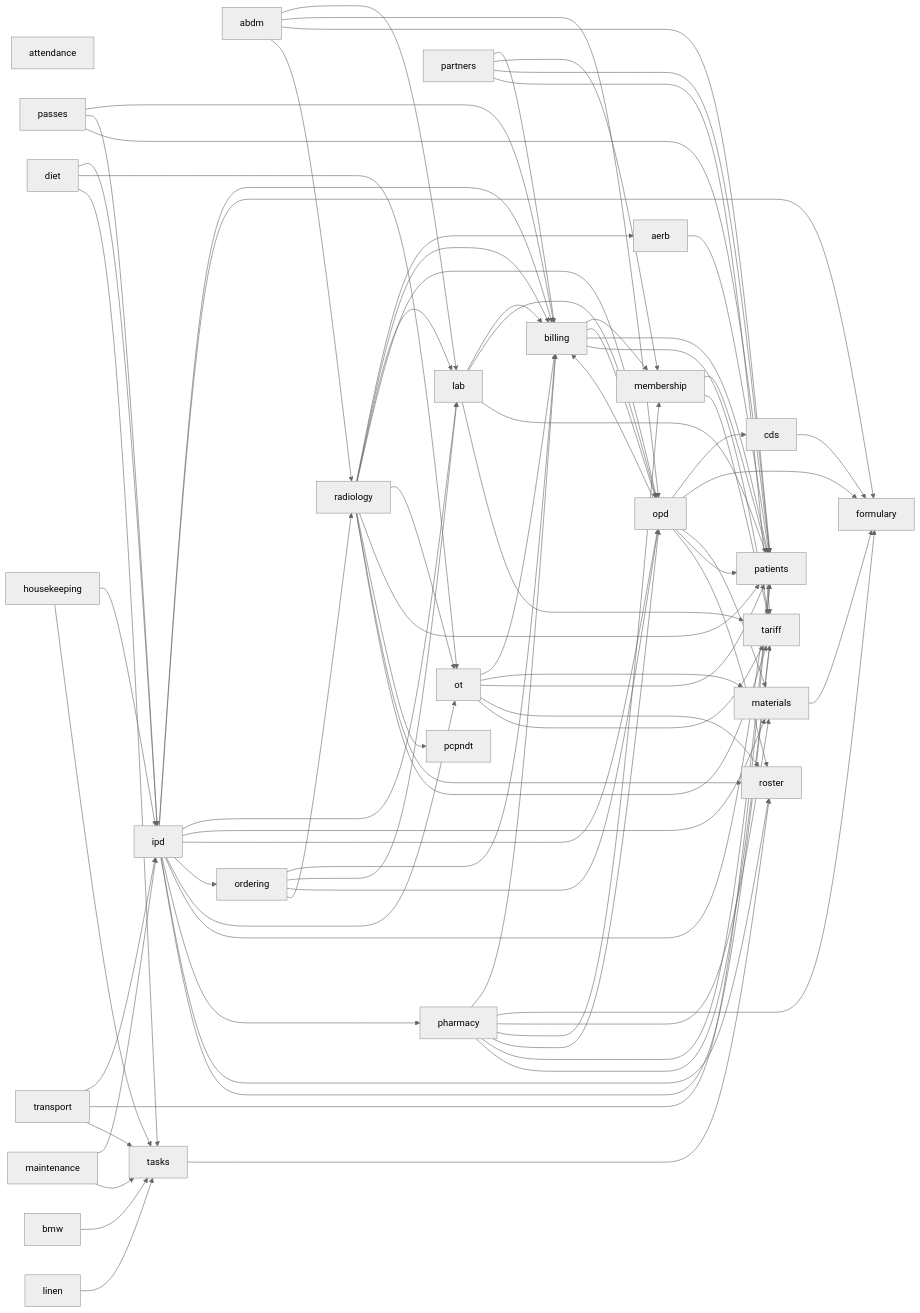
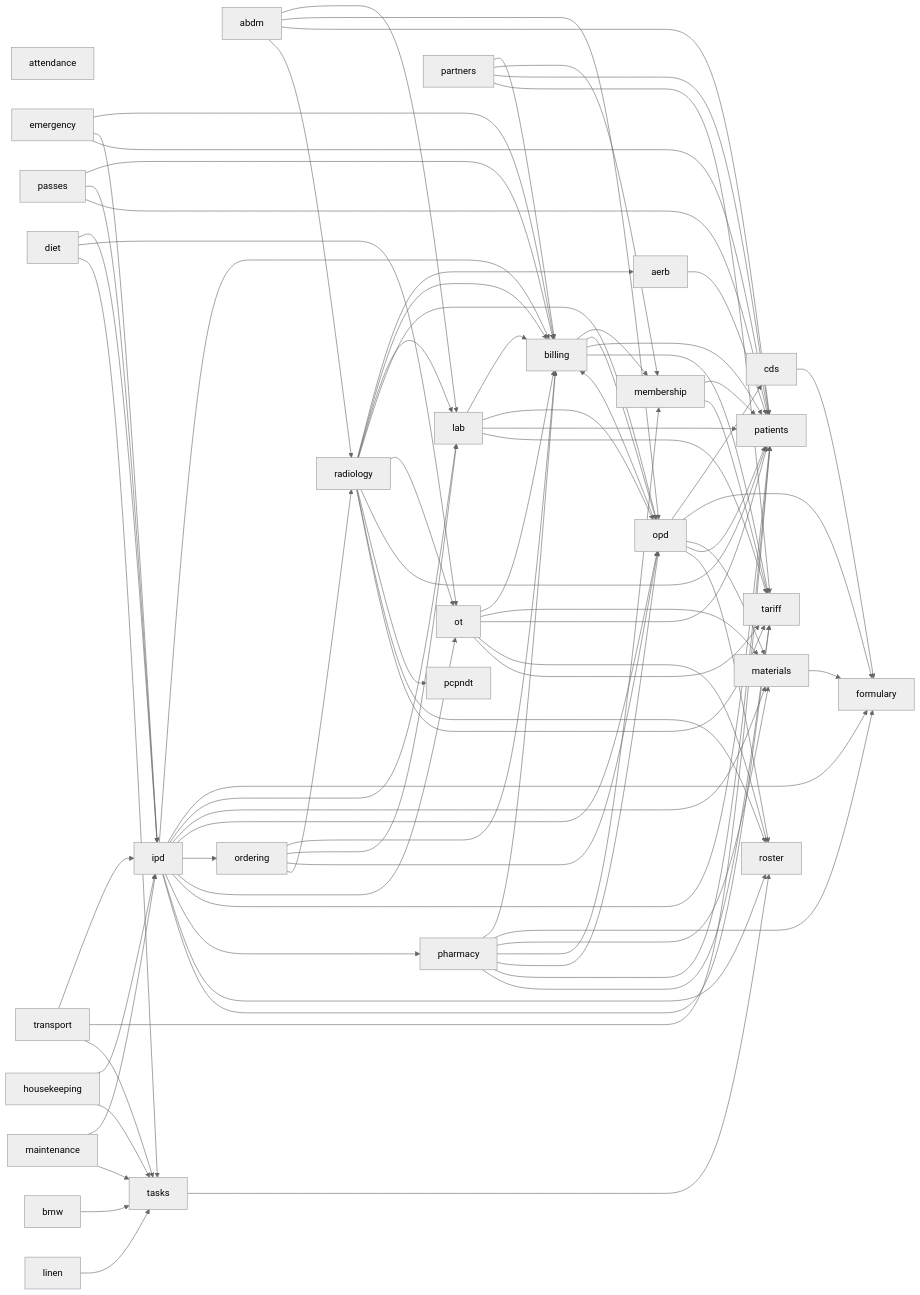
The second of 2 diagrams in docs/architecture/README.md (ankits3a/hims-hmis), drawn with Mermaid (neutral theme) before and after one commit. The commit also changed other lines of this file and 17 other files, not shown here.

First line of the commit message:
feat(web): ER desk and tracking board v1 (ER lane 1), module notes, architecture regenerated

```diff
--- a/docs/architecture/README.md
+++ b/docs/architecture/README.md
@@ -37,6 +37,7 @@
   bmw[bmw]
   cds[cds]
   diet[diet]
+  emergency[emergency]
   formulary[formulary]
   housekeeping[housekeeping]
   ipd[ipd]
@@ -72,6 +73,9 @@
   diet --> ipd
   diet --> ot
   diet --> tasks
+  emergency --> billing
+  emergency --> ipd
+  emergency --> patients
   housekeeping --> ipd
   housekeeping --> tasks
   ipd --> billing
```
